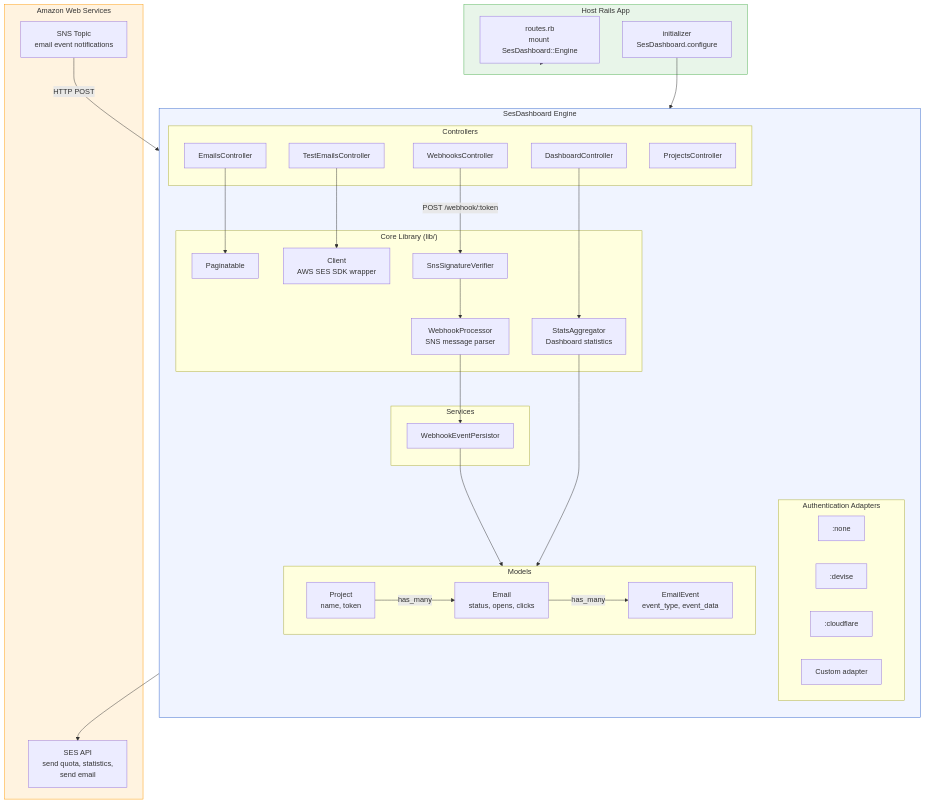
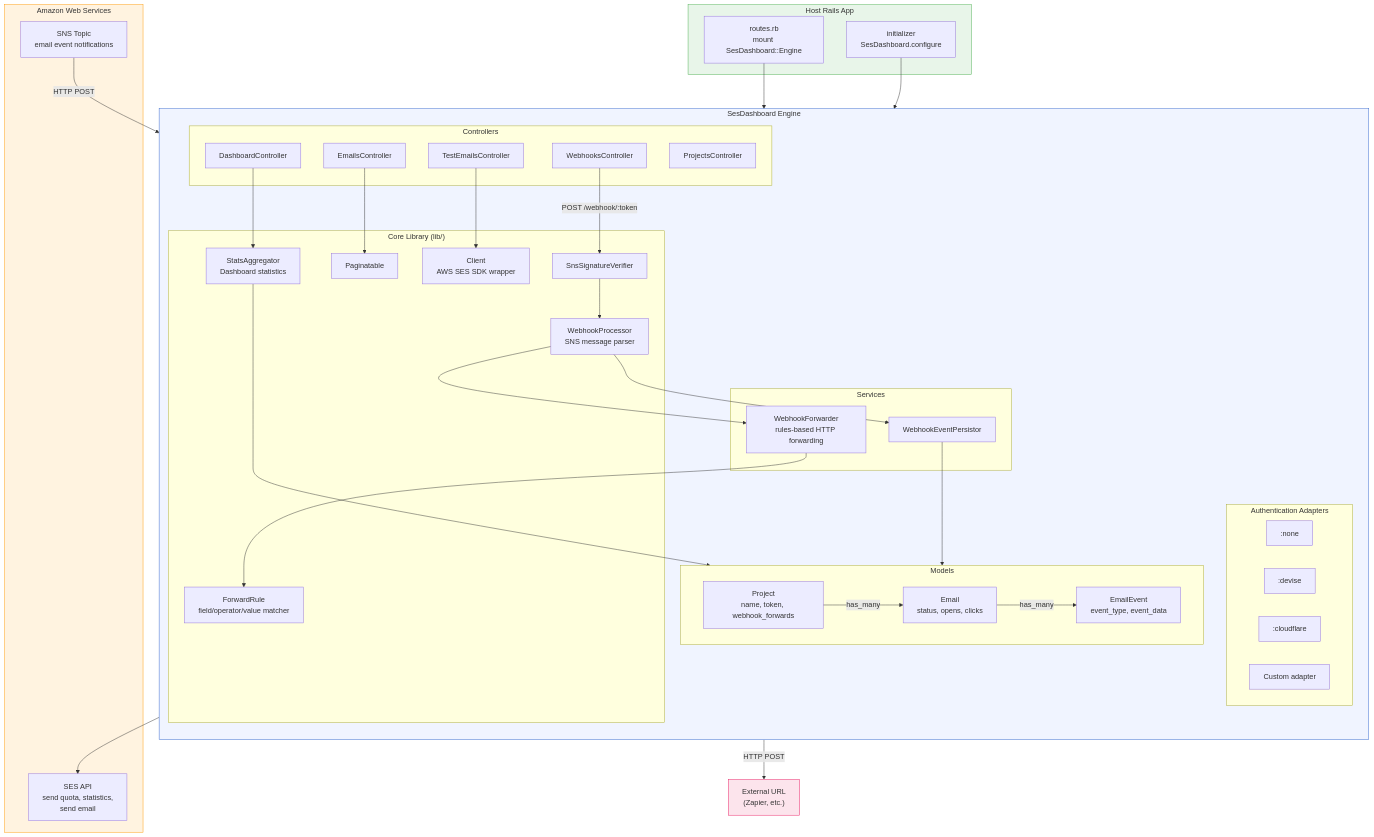
One commit to antodoms/ses_dashboard changed the diagram in README.md. Above: the diagram before and after it, drawn with Mermaid. The commit also changed other lines of this file and 19 other files, not shown here.

First line of the commit message:
implement rules-based webhook forwarding and update version to 0.5.0

````diff
--- a/README.md
+++ b/README.md
@@ -42,67 +49,73 @@
 ```mermaid
 graph TB
     subgraph Host["Host Rails App"]
         Routes["routes.rb<br/>mount SesDashboard::Engine"]
         Initializer["initializer<br/>SesDashboard.configure"]
     end
 
     subgraph Engine["SesDashboard Engine"]
         direction TB
         subgraph Controllers
             DC["DashboardController"]
             PC["ProjectsController"]
             EC["EmailsController"]
             WC["WebhooksController"]
             TC["TestEmailsController"]
         end
 
         subgraph Auth["Authentication Adapters"]
             None[":none"]
             Devise[":devise"]
             CF[":cloudflare"]
             Custom["Custom adapter"]
         end
 
         subgraph Core["Core Library (lib/)"]
             Client["Client<br/>AWS SES SDK wrapper"]
             WP["WebhookProcessor<br/>SNS message parser"]
             SV["SnsSignatureVerifier"]
             SA["StatsAggregator<br/>Dashboard statistics"]
             Pag["Paginatable"]
+            FR["ForwardRule<br/>field/operator/value matcher"]
         end
 
         subgraph Models
-            Project["Project<br/>name, token"]
+            Project["Project<br/>name, token, webhook_forwards"]
             Email["Email<br/>status, opens, clicks"]
             Event["EmailEvent<br/>event_type, event_data"]
         end
 
         subgraph Services
             WEP["WebhookEventPersistor"]
+            WF["WebhookForwarder<br/>rules-based HTTP forwarding"]
         end
     end
 
     subgraph AWS["Amazon Web Services"]
         SES["SES API<br/>send quota, statistics,<br/>send email"]
         SNS["SNS Topic<br/>email event notifications"]
     end
 
     Routes --> Controllers
     Initializer --> Auth
     DC --> SA
     EC --> Pag
     TC --> Client
     WC -->|"POST /webhook/:token"| SV
     SV --> WP
     WP --> WEP
+    WP --> WF
+    WF --> FR
+    WF -->|"HTTP POST"| ExtURL["External URL<br/>(Zapier, etc.)"]
     WEP --> Models
     Client --> SES
     SNS -->|"HTTP POST"| WC
     SA --> Models
     Project -->|has_many| Email
     Email -->|has_many| Event
 
     style Engine fill:#f0f4ff,stroke:#3366cc
     style AWS fill:#fff3e0,stroke:#ff9800
     style Host fill:#e8f5e9,stroke:#4caf50
+    style ExtURL fill:#fce4ec,stroke:#e91e63
 ```
````
